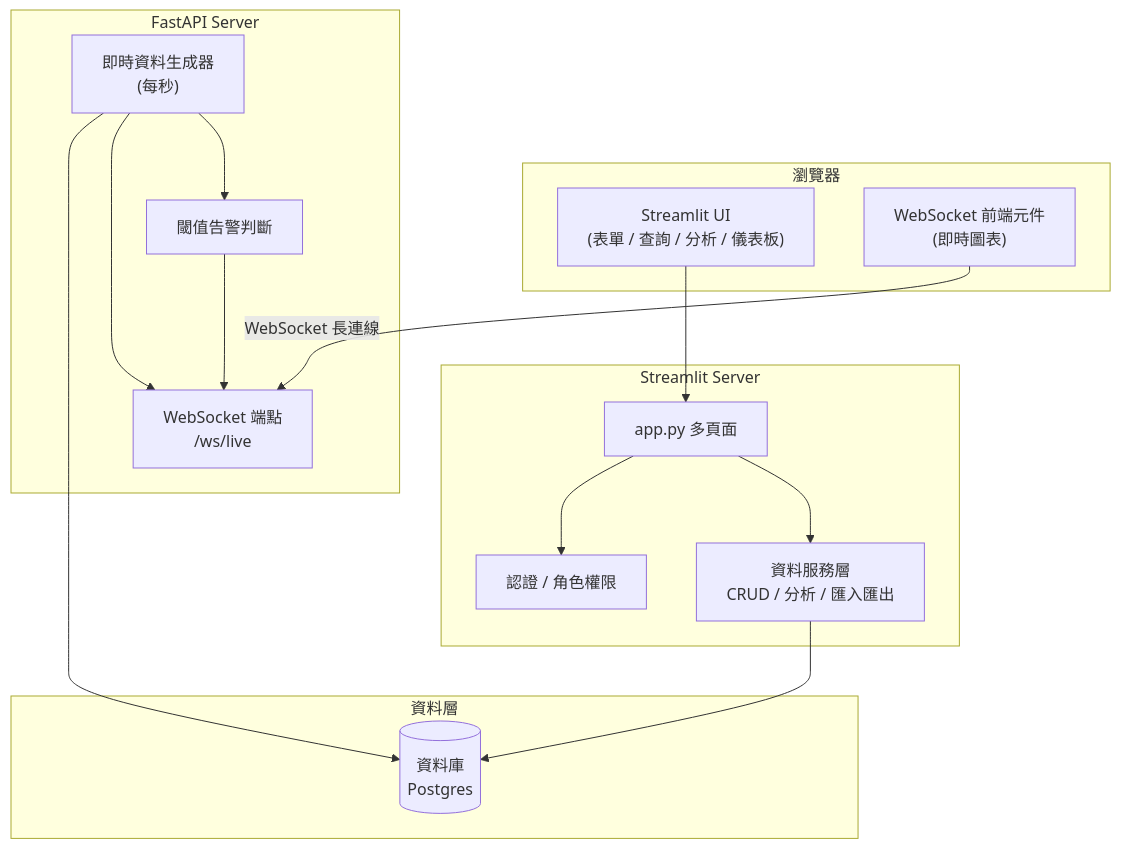
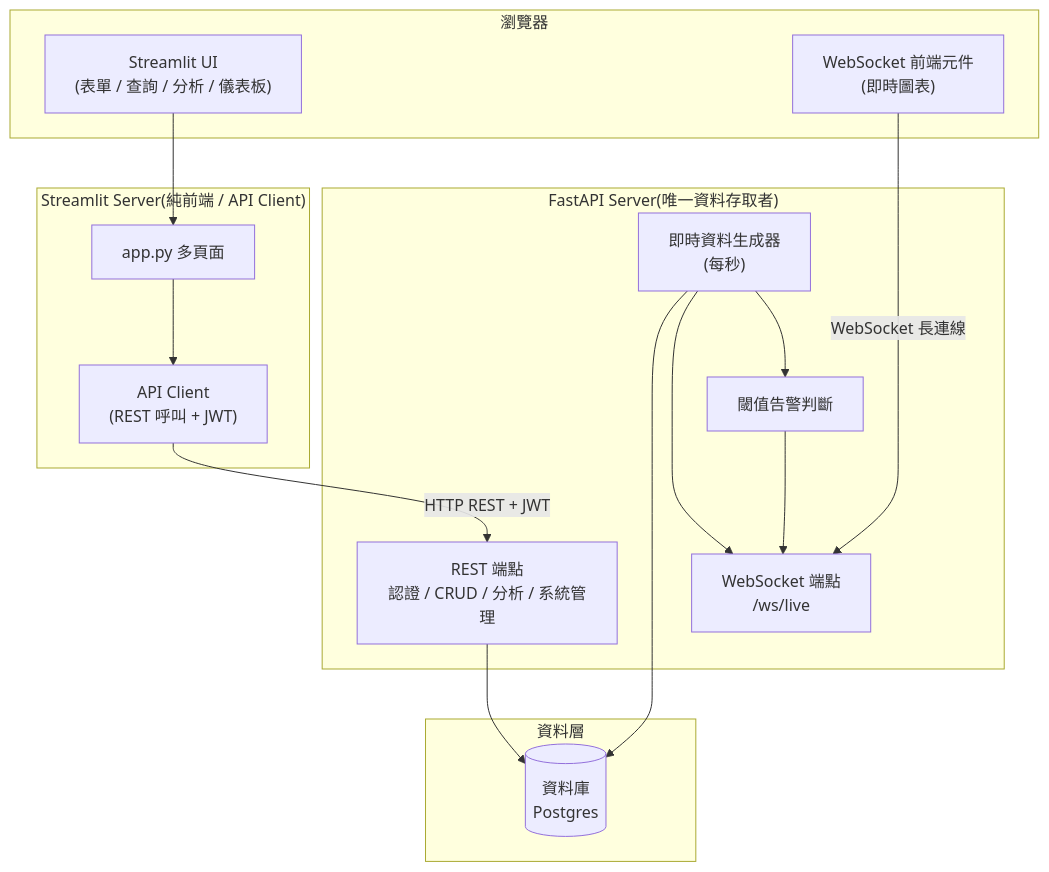
The second of 2 diagrams in docs/architecture.md (Yintc123/StreamSightStreamlit), drawn with Mermaid before and after one commit. The commit also changed other lines of this file and 2 other files, not shown here.

First line of the commit message:
docs(adr): Streamlit 改為純 API Client,不直接連 DB

````diff
--- a/docs/architecture.md
+++ b/docs/architecture.md
@@ -44,34 +44,34 @@
 ```mermaid
 flowchart TB
     subgraph Browser["瀏覽器"]
         UI["Streamlit UI<br/>(表單 / 查詢 / 分析 / 儀表板)"]
         WSC["WebSocket 前端元件<br/>(即時圖表)"]
     end
 
-    subgraph Streamlit["Streamlit Server"]
+    subgraph Streamlit["Streamlit Server(純前端 / API Client)"]
         APP["app.py 多頁面"]
-        AUTH["認證 / 角色權限"]
-        SVC["資料服務層<br/>CRUD / 分析 / 匯入匯出"]
+        CLIENT["API Client<br/>(REST 呼叫 + JWT)"]
     end
 
-    subgraph API["FastAPI Server"]
+    subgraph API["FastAPI Server(唯一資料存取者)"]
+        REST["REST 端點<br/>認證 / CRUD / 分析 / 系統管理"]
         GEN["即時資料生成器<br/>(每秒)"]
         WS["WebSocket 端點<br/>/ws/live"]
         ALERT["閾值告警判斷"]
     end
 
     subgraph Data["資料層"]
         DB[("資料庫<br/>Postgres")]
     end
 
     UI --> APP
-    APP --> AUTH
-    APP --> SVC
-    SVC --> DB
+    APP --> CLIENT
+    CLIENT -- "HTTP REST + JWT" --> REST
+    REST --> DB
 
     GEN --> DB
     GEN --> WS
     GEN --> ALERT
     ALERT --> WS
     WSC -- "WebSocket 長連線" --> WS
 ```
````
